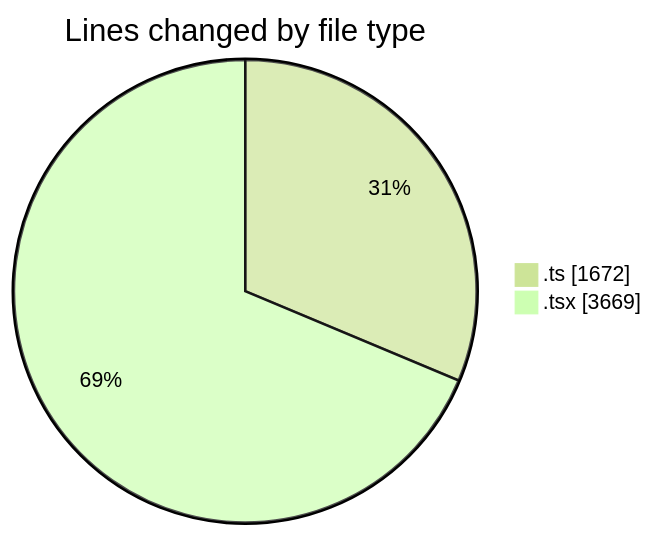
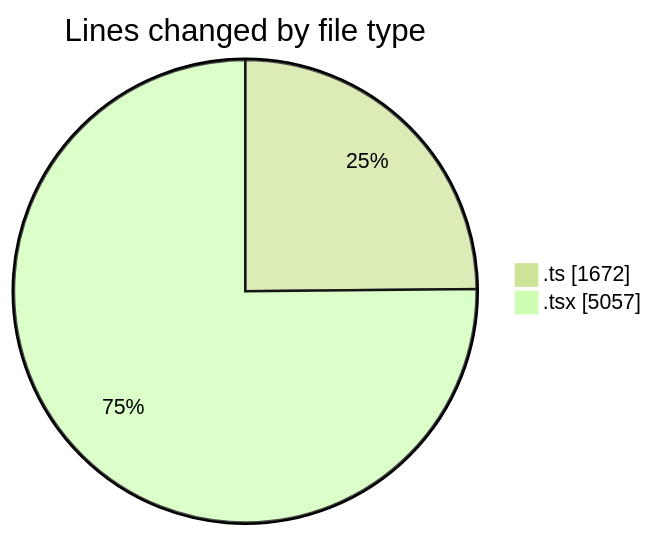
One commit to nxtqubesakshisongat/code-tracking changed the first of 2 diagrams in 2026-08-21/nxtqube_webapp/README.md. Above: the diagram before and after it, drawn with Mermaid (forest theme). The commit also changed other lines of this file and 1 other file, not shown here.

````diff
--- a/2026-08-21/nxtqube_webapp/README.md
+++ b/2026-08-21/nxtqube_webapp/README.md
@@ -35,6 +36,6 @@
 ```mermaid
 pie showData
 title Lines changed by file type
 ".ts" : 1672
-".tsx" : 3669
+".tsx" : 5057
 ```
````
